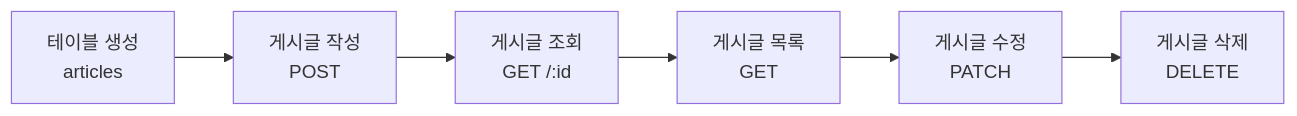
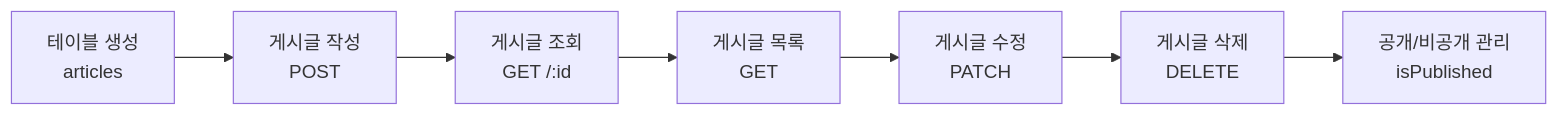
The second of 2 diagrams in cookbooks/blog/full-guide/02-articles.md (popup-studio-ai/bkend-docs), drawn with Mermaid before and after one commit. The commit also changed other lines of this file and 424 other files, not shown here.

````diff
--- a/cookbooks/blog/full-guide/02-articles.md
+++ b/cookbooks/blog/full-guide/02-articles.md
@@ -474,8 +536,9 @@
 ```mermaid
 flowchart LR
     A["테이블 생성<br/>articles"] --> B["게시글 작성<br/>POST"]
     B --> C["게시글 조회<br/>GET /:id"]
     C --> D["게시글 목록<br/>GET"]
     D --> E["게시글 수정<br/>PATCH"]
     E --> F["게시글 삭제<br/>DELETE"]
+    F --> G["공개/비공개 관리<br/>isPublished"]
 ```
````
